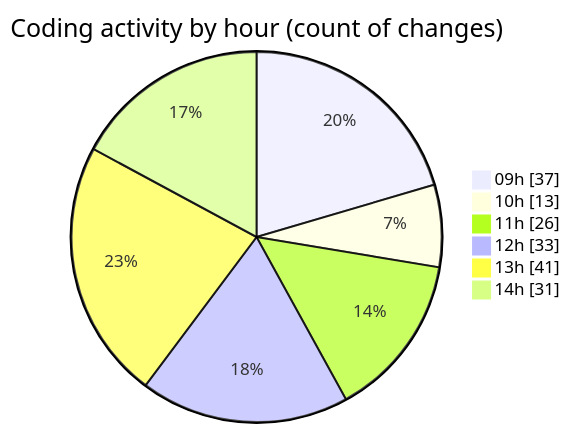
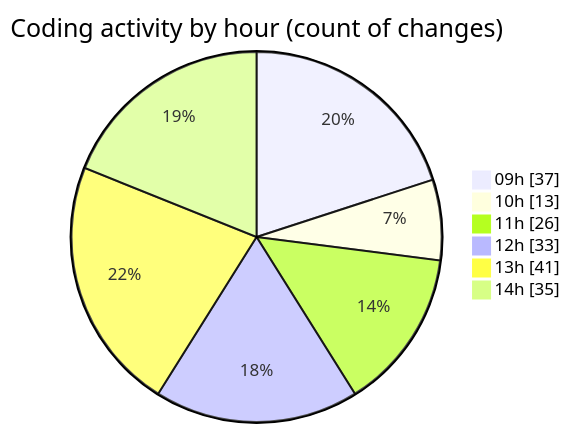
Before and after one commit to momahboobian/code-tracking: the second of 2 diagrams in 2026-04-23/cda/README.md, drawn with Mermaid. The commit also changed other lines of this file and 1 other file, not shown here.

````diff
--- a/2026-04-23/cda/README.md
+++ b/2026-04-23/cda/README.md
@@ -54,10 +55,10 @@
 ```mermaid
 pie showData
 title Coding activity by hour (count of changes)
 "09h" : 37
 "10h" : 13
 "11h" : 26
 "12h" : 33
 "13h" : 41
-"14h" : 31
+"14h" : 35
 ```
````
